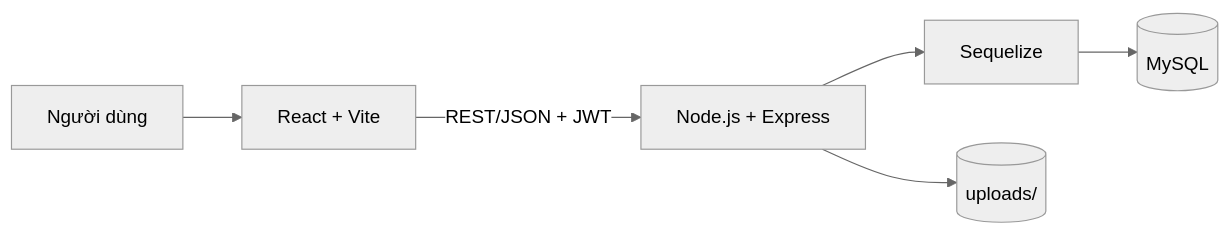
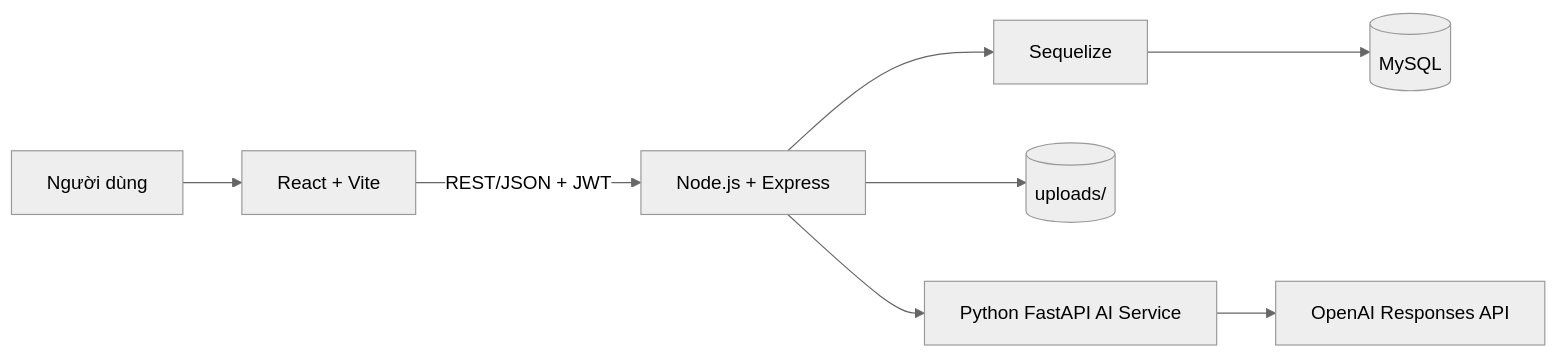
Before and after one commit to giakhiem1803/CNPM-3: the first of 3 diagrams in docs/diagrams/system-design.md, drawn with Mermaid (neutral theme). The commit also changed other lines of this file and 31 other files, not shown here.

````diff
--- a/docs/diagrams/system-design.md
+++ b/docs/diagrams/system-design.md
@@ -5,8 +5,10 @@
 ```mermaid
 flowchart LR
   U["Người dùng"] --> R["React + Vite"]
   R -->|"REST/JSON + JWT"| E["Node.js + Express"]
   E --> S["Sequelize"]
   S --> M[("MySQL")]
   E --> F[("uploads/")]
+  E --> A["Python FastAPI AI Service"]
+  A --> O["OpenAI Responses API"]
 ```
````
